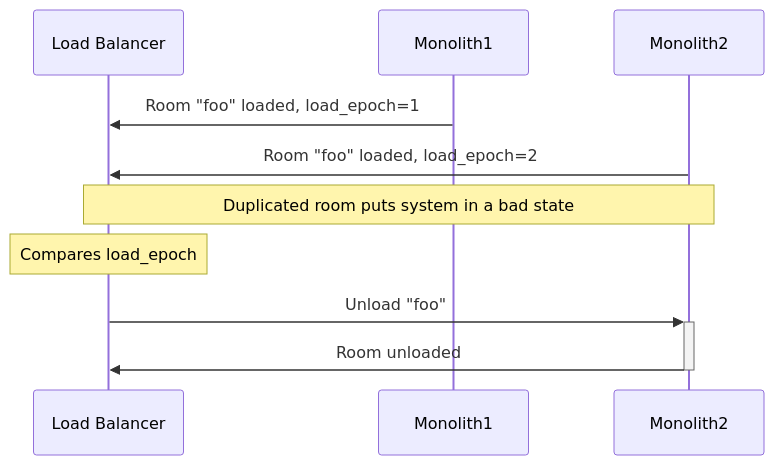
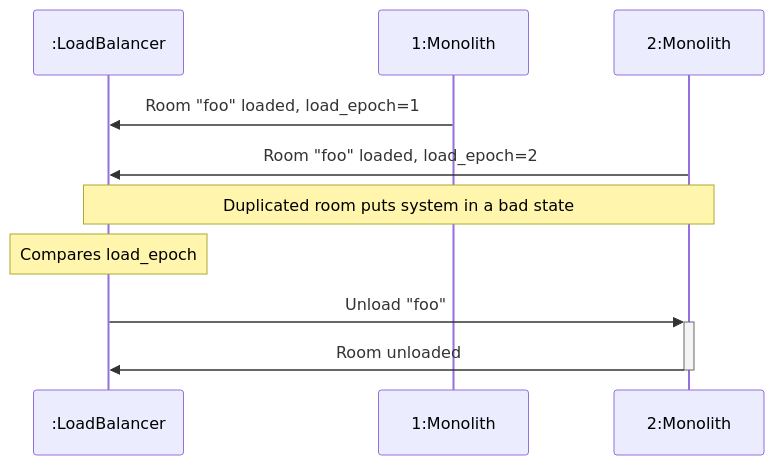
Before and after one commit to dyc3/senior-design: the diagram in figures/duplicate-rooms.mmd, drawn with Mermaid. The commit also changed 9 other files, not shown here.

First line of the commit message:
object notation in sequence diagrams (#206)

```diff
--- a/figures/duplicate-rooms.mmd
+++ b/figures/duplicate-rooms.mmd
@@ -1,10 +1,10 @@
 sequenceDiagram
-    participant L as Load Balancer
-    participant N as Monolith1
-    participant M as Monolith2
+    participant L as :LoadBalancer
+    participant N as 1:Monolith
+    participant M as 2:Monolith
     N->>L: Room "foo" loaded, load_epoch=1
     M->>L: Room "foo" loaded, load_epoch=2
     Note over L,M: Duplicated room puts system in a bad state
     Note over L: Compares load_epoch
     L->>+M: Unload "foo"
     M->>-L: Room unloaded
```
